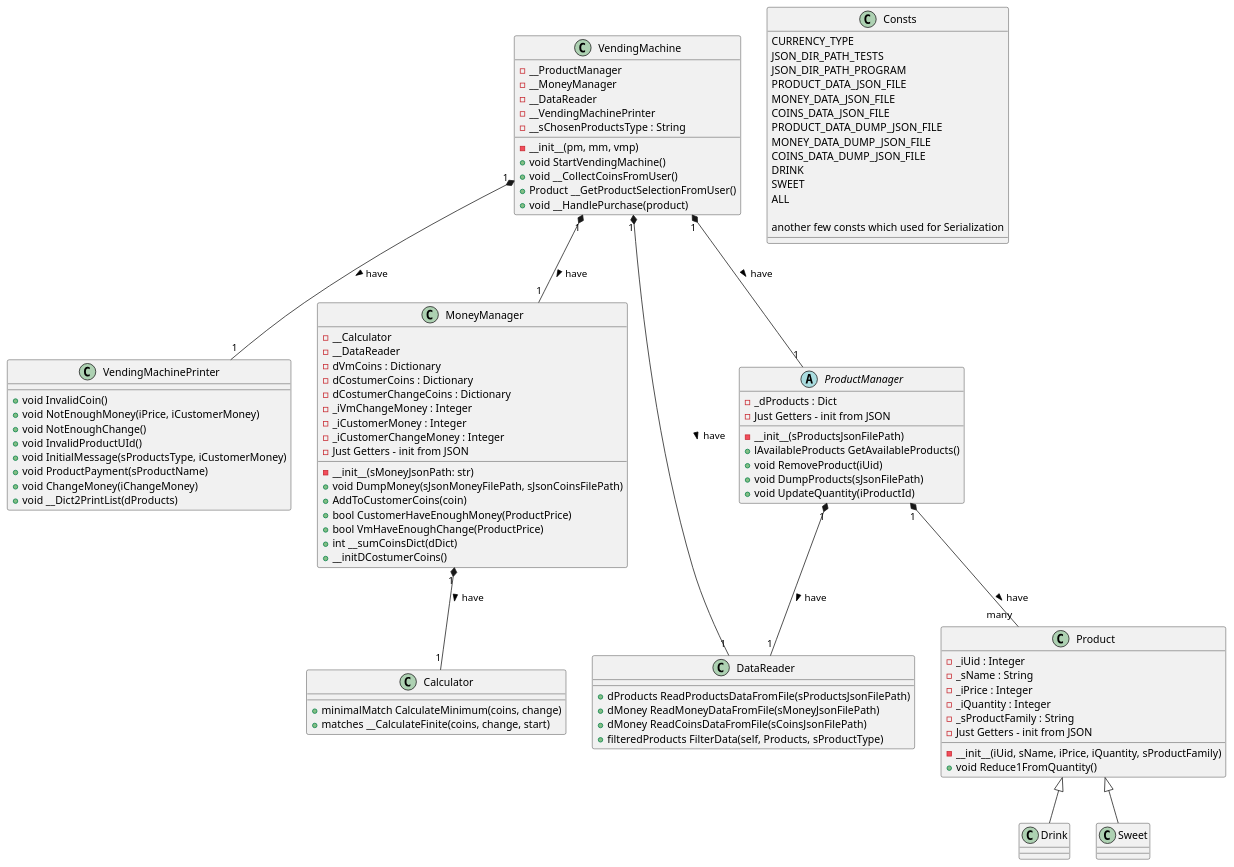
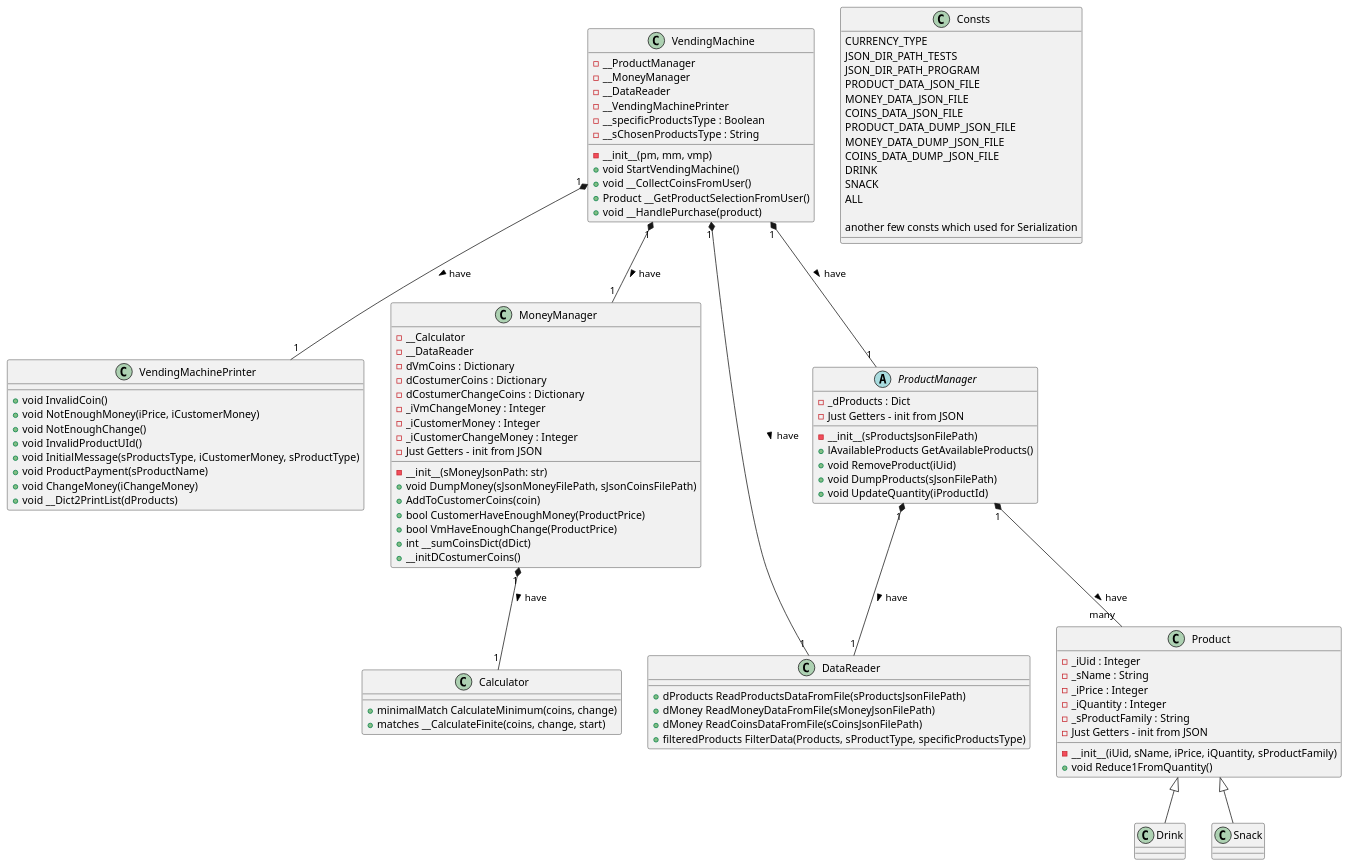
Before and after one commit to avielas/VendingMachine: the diagram in aviela_home_assignment/uml/design.puml, drawn with PlantUML. The commit also changed 12 other files, not shown here.

Commit message:
justify the inheritance from Product. change Sweet to Snack (correct definition). update tests and UML design accordingly

```diff
--- a/aviela_home_assignment/uml/design.puml
+++ b/aviela_home_assignment/uml/design.puml
@@ -1,111 +1,112 @@
 @startuml class diagram
 'https://plantuml.com/class-diagram
 
 class VendingMachine{
     -__ProductManager
     -__MoneyManager
     -__DataReader
     -__VendingMachinePrinter
+    -__specificProductsType : Boolean
     -__sChosenProductsType : String
     -__init__(pm, mm, vmp)
     +void StartVendingMachine()
     +void __CollectCoinsFromUser()
     +Product __GetProductSelectionFromUser()
     +void __HandlePurchase(product)
 }
 
 class VendingMachinePrinter{
     +void InvalidCoin()
     +void NotEnoughMoney(iPrice, iCustomerMoney)
     +void NotEnoughChange()
     +void InvalidProductUId()
-    +void InitialMessage(sProductsType, iCustomerMoney)
+    +void InitialMessage(sProductsType, iCustomerMoney, sProductType)
     +void ProductPayment(sProductName)
     +void ChangeMoney(iChangeMoney)
     +void __Dict2PrintList(dProducts)
 }
 
 class MoneyManager{
     -__Calculator
     -__DataReader
     -dVmCoins : Dictionary
     -dCostumerCoins : Dictionary
     -dCostumerChangeCoins : Dictionary
     -_iVmChangeMoney : Integer
     -_iCustomerMoney : Integer
     -_iCustomerChangeMoney : Integer
     -Just Getters - init from JSON
     -__init__(sMoneyJsonPath: str)
     +void DumpMoney(sJsonMoneyFilePath, sJsonCoinsFilePath)
     +AddToCustomerCoins(coin)
     +bool CustomerHaveEnoughMoney(ProductPrice)
     +bool VmHaveEnoughChange(ProductPrice)
     +int __sumCoinsDict(dDict)
     +__initDCostumerCoins()
 }
 
 class Calculator{
     +minimalMatch CalculateMinimum(coins, change)
     +matches __CalculateFinite(coins, change, start)
 }
 
 class DataReader{
     +dProducts ReadProductsDataFromFile(sProductsJsonFilePath)
     +dMoney ReadMoneyDataFromFile(sMoneyJsonFilePath)
     +dMoney ReadCoinsDataFromFile(sCoinsJsonFilePath)
-    +filteredProducts FilterData(self, Products, sProductType)
+    +filteredProducts FilterData(Products, sProductType, specificProductsType)
 }
 
 class Product{
     -_iUid : Integer
     -_sName : String
     -_iPrice : Integer
     -_iQuantity : Integer
     -_sProductFamily : String
     -__init__(iUid, sName, iPrice, iQuantity, sProductFamily)
     -Just Getters - init from JSON
     +void Reduce1FromQuantity()
 }
 
 class Drink{}
 
-class Sweet{}
+class Snack{}
 
 class Consts{
     CURRENCY_TYPE
     JSON_DIR_PATH_TESTS
     JSON_DIR_PATH_PROGRAM
     PRODUCT_DATA_JSON_FILE
     MONEY_DATA_JSON_FILE
     COINS_DATA_JSON_FILE
     PRODUCT_DATA_DUMP_JSON_FILE
     MONEY_DATA_DUMP_JSON_FILE
     COINS_DATA_DUMP_JSON_FILE
     DRINK
-    SWEET
+    SNACK
     ALL
 
     another few consts which used for Serialization
 }
 
 abstract class ProductManager{
     - _dProducts : Dict
     -__init__(sProductsJsonFilePath)
     -Just Getters - init from JSON
     +lAvailableProducts GetAvailableProducts()
     +void RemoveProduct(iUid)
     +void DumpProducts(sJsonFilePath)
     +void UpdateQuantity(iProductId)
 }
 
 Product <|-- Drink
-Product <|-- Sweet
+Product <|-- Snack
 VendingMachine "1" *-- "1" ProductManager : have >
 VendingMachine "1" *-- "1" MoneyManager : have >
 VendingMachine "1" *-- "1" VendingMachinePrinter : have >
 VendingMachine "1" *-- "1" DataReader : have >
 ProductManager "1" *-- "1" DataReader : have >
 MoneyManager "1" *-- "1" Calculator : have >
 ProductManager "1" *-- "many" Product : have >
 
 @enduml
```
